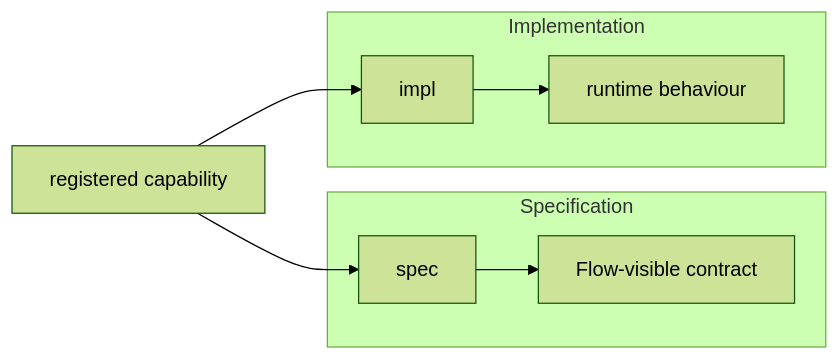
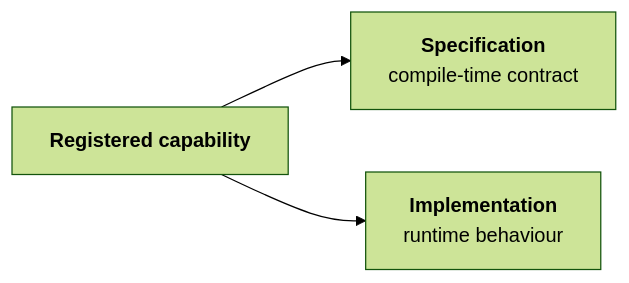
One commit to FAST-HEP/fasthep-flow changed the first of 3 diagrams in docs/extending/operations-and-specs.md. Above: the diagram before and after it, drawn with Mermaid (forest theme). The commit also changed other lines of this file and 9 other files, not shown here.

````diff
--- a/docs/extending/operations-and-specs.md
+++ b/docs/extending/operations-and-specs.md
@@ -7,19 +7,9 @@
 ```{mermaid}
 flowchart LR
-    Capability["registered capability"]
-
-    subgraph Specification["Specification"]
-        Spec["spec"]
-        Contract["Flow-visible contract"]
-        Spec --> Contract
-    end
-
-    subgraph Implementation["Implementation"]
-        Impl["impl"]
-        Behaviour["runtime behaviour"]
-        Impl --> Behaviour
-    end
+    Capability["<b>Registered capability</b>"]:::capability
+    Spec["<b>Specification</b><br/>compile-time contract"]:::flow
+    Impl["<b>Implementation</b><br/>runtime behaviour"]:::runtime
 
     Capability --> Spec
     Capability --> Impl
 ```
````
